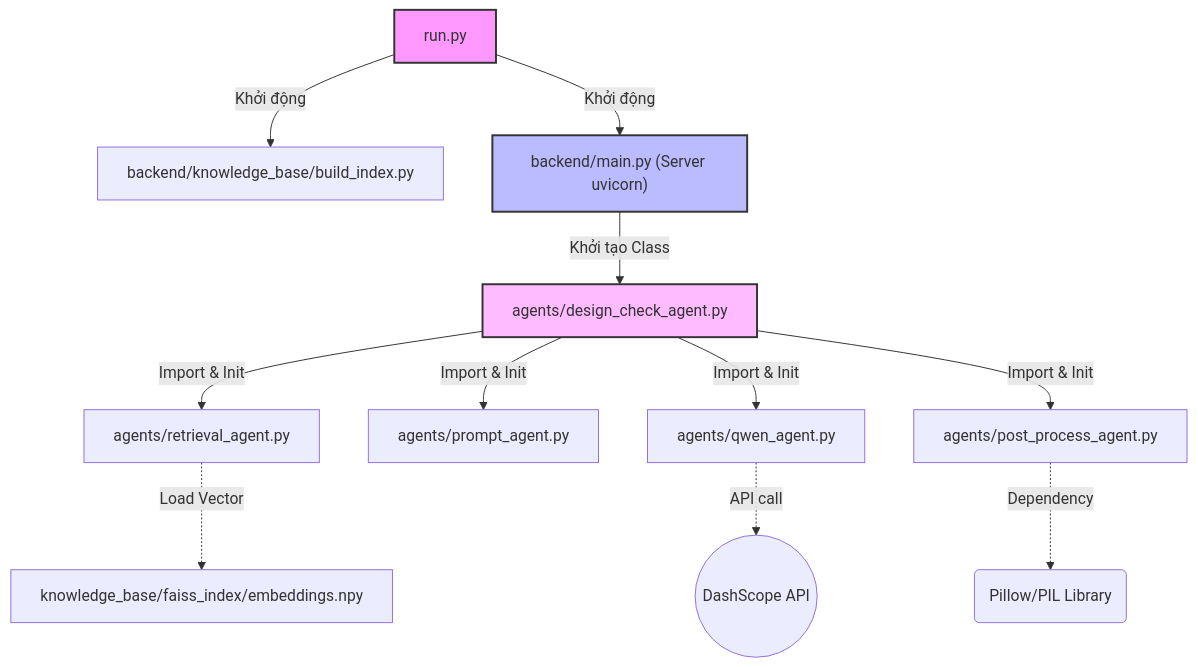
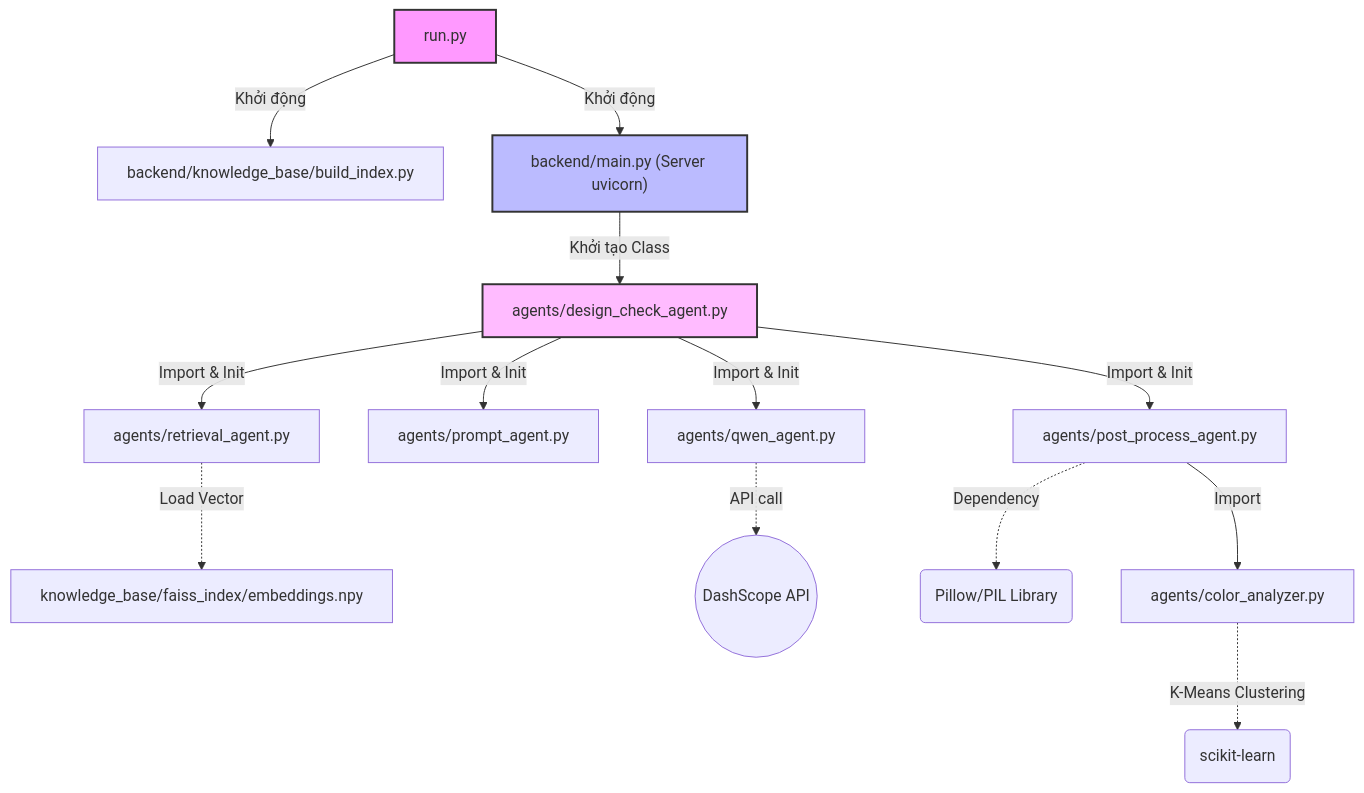
One commit to vuongdenchoi/qwenv3 changed the second of 2 diagrams in flow.md. Above: the diagram before and after it, drawn with Mermaid. The commit also changed other lines of this file and 1 other file, not shown here.

Commit message:
docs: update architecture flow and docs to reflect WCAG color analyzer integration

````diff
--- a/flow.md
+++ b/flow.md
@@ -290,21 +299,24 @@
 ```mermaid
 graph TD
     RUN["run.py"] -->|Khởi động| BUILD_INDEX["backend/knowledge_base/build_index.py"]
     RUN -->|Khởi động| MAIN["backend/main.py (Server uvicorn)"]
     MAIN -->|Khởi tạo Class| DC["agents/design_check_agent.py"]
     
     DC -->|Import & Init| RE["agents/retrieval_agent.py"]
     RE -.->|Load Vector| VEC["knowledge_base/faiss_index/embeddings.npy"]
     
     DC -->|Import & Init| PR["agents/prompt_agent.py"]
     
     DC -->|Import & Init| QW["agents/qwen_agent.py"]
     QW -.->|API call| API(("DashScope API"))
     
     DC -->|Import & Init| PO["agents/post_process_agent.py"]
     PO -.->|Dependency| PIL("Pillow/PIL Library")
     
+    PO -->|Import| CA["agents/color_analyzer.py"]
+    CA -.->|K-Means Clustering| SK("scikit-learn")
+    
     style RUN fill:#f9f,stroke:#333,stroke-width:2px
     style MAIN fill:#bbf,stroke:#333,stroke-width:2px
     style DC fill:#fbf,stroke:#333,stroke-width:2px
 ```
````
